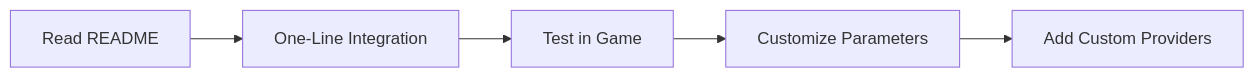
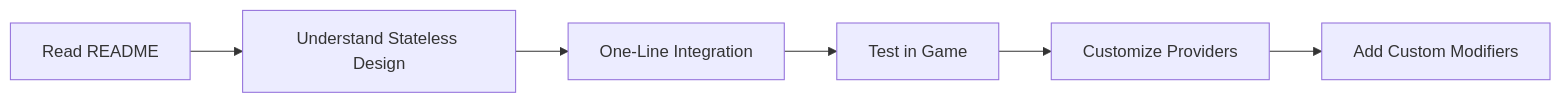
The diagram in README.md (The1Studio/DynamicUserDifficulty), drawn with Mermaid before and after one commit. The commit also changed other lines of this file, not shown here.

First line of the commit message:
docs: Update README for stateless architecture v2.0.0

````diff
--- a/README.md
+++ b/README.md
@@ -234,7 +236,8 @@
 ```mermaid
 graph LR
-    A[Read README] --> B[One-Line Integration]
-    B --> C[Test in Game]
-    C --> D[Customize Parameters]
-    D --> E[Add Custom Providers]
+    A[Read README] --> B[Understand Stateless Design]
+    B --> C[One-Line Integration]
+    C --> D[Test in Game]
+    D --> E[Customize Providers]
+    E --> F[Add Custom Modifiers]
 ```
````
